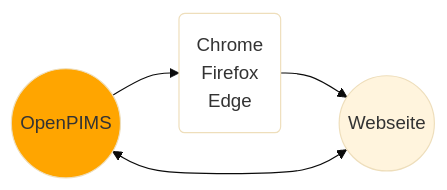
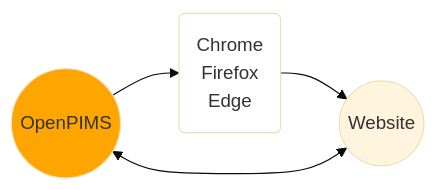
The first of 3 diagrams in README.md (openpims/openpims), drawn with Mermaid (base theme) before and after one commit. The commit also changed other lines of this file, not shown here.

````diff
--- a/README.md
+++ b/README.md
@@ -7,8 +7,8 @@
 ```mermaid
   graph LR;
       A((OpenPIMS)) --> B(Chrome<br>Firefox<br>Edge);
-      B --> C((Webseite));
+      B --> C((Website));
       C <--> A;
       style A fill:orange
       style B fill:white
 ```
````
